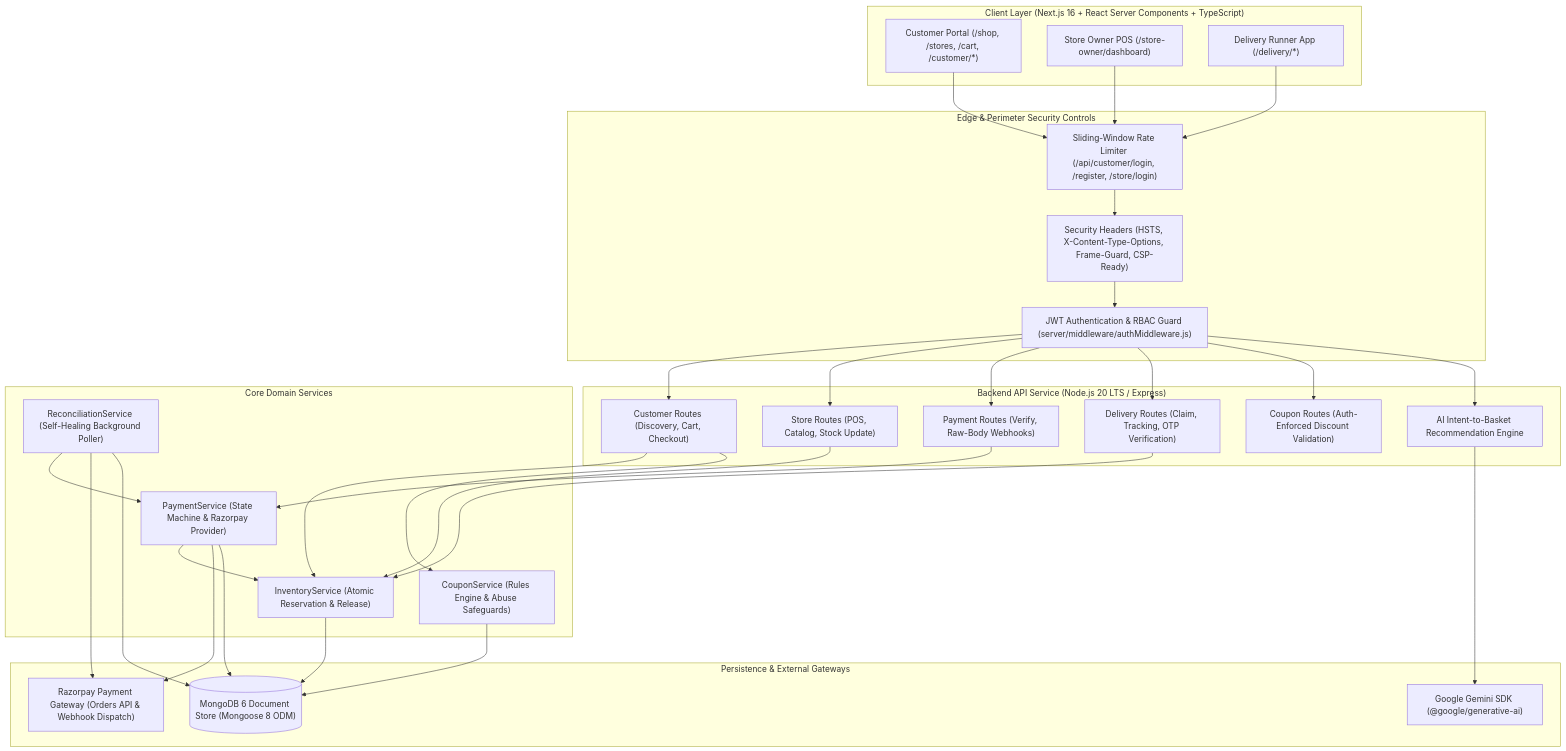
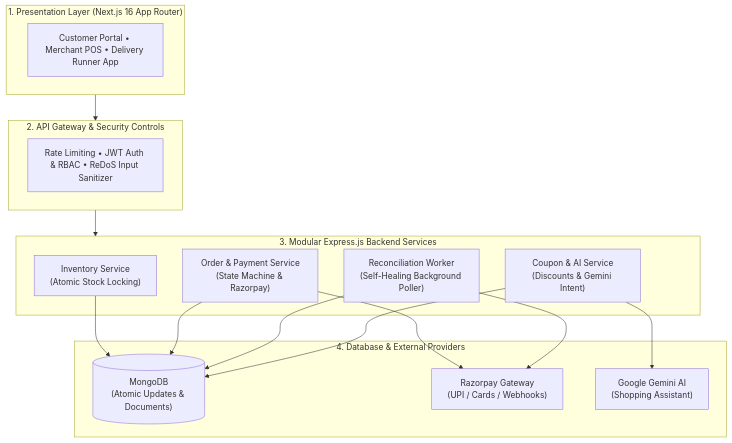
One commit to Jyatin/KiranaWala changed the first of 4 diagrams in README.md. Above: the diagram before and after it, drawn with Mermaid. The commit also changed other lines of this file, not shown here.

Commit message:
docs: streamline README with simplified diagrams and clear technical explanations

````diff
--- a/README.md
+++ b/README.md
@@ -100,65 +95,33 @@
 ```mermaid
 graph TD
-    subgraph Client ["Client Layer (Next.js 16 + React Server Components + TypeScript)"]
-        CustomerApp["Customer Portal (/shop, /stores, /cart, /customer/*)"]
-        MerchantApp["Store Owner POS (/store-owner/dashboard)"]
-        DeliveryApp["Delivery Runner App (/delivery/*)"]
+    subgraph Client ["1. Presentation Layer (Next.js 16 App Router)"]
+        UI["Customer Portal • Merchant POS • Delivery Runner App"]
     end
 
-    subgraph Edge ["Edge & Perimeter Security Controls"]
-        RateLimiter["Sliding-Window Rate Limiter (/api/customer/login, /register, /store/login)"]
-        SecurityHeaders["Security Headers (HSTS, X-Content-Type-Options, Frame-Guard, CSP-Ready)"]
-        JWTAuth["JWT Authentication & RBAC Guard (server/middleware/authMiddleware.js)"]
+    subgraph Gateway ["2. API Gateway & Security Controls"]
+        Sec["Rate Limiting • JWT Auth & RBAC • ReDoS Input Sanitizer"]
     end
 
-    subgraph Backend ["Backend API Service (Node.js 20 LTS / Express)"]
-        CustomerRoutes["Customer Routes (Discovery, Cart, Checkout)"]
-        StoreRoutes["Store Routes (POS, Catalog, Stock Update)"]
-        PaymentRoutes["Payment Routes (Verify, Raw-Body Webhooks)"]
-        DeliveryRoutes["Delivery Routes (Claim, Tracking, OTP Verification)"]
-        CouponRoutes["Coupon Routes (Auth-Enforced Discount Validation)"]
-        AIRoutes["AI Intent-to-Basket Recommendation Engine"]
+    subgraph Services ["3. Modular Express.js Backend Services"]
+        Inventory["Inventory Service<br/>(Atomic Stock Locking)"]
+        OrderPay["Order & Payment Service<br/>(State Machine & Razorpay)"]
+        Recon["Reconciliation Worker<br/>(Self-Healing Background Poller)"]
+        Coupon["Coupon & AI Service<br/>(Discounts & Gemini Intent)"]
     end
 
-    subgraph Services ["Core Domain Services"]
-        InventorySvc["InventoryService (Atomic Reservation & Release)"]
-        PaymentSvc["PaymentService (State Machine & Razorpay Provider)"]
-        ReconSvc["ReconciliationService (Self-Healing Background Poller)"]
-        CouponSvc["CouponService (Rules Engine & Abuse Safeguards)"]
+    subgraph External ["4. Database & External Providers"]
+        MongoDB[("MongoDB<br/>(Atomic Updates & Documents)")]
+        Razorpay["Razorpay Gateway<br/>(UPI / Cards / Webhooks)"]
+        Gemini["Google Gemini AI<br/>(Shopping Assistant)"]
     end
 
-    subgraph Persistence ["Persistence & External Gateways"]
-        MongoDB[("MongoDB 6 Document Store (Mongoose 8 ODM)")]
-        RazorpayGateway["Razorpay Payment Gateway (Orders API & Webhook Dispatch)"]
-        GeminiAPI["Google Gemini SDK (@google/generative-ai)"]
-    end
-
-    CustomerApp --> RateLimiter
-    MerchantApp --> RateLimiter
-    DeliveryApp --> RateLimiter
-
-    RateLimiter --> SecurityHeaders --> JWTAuth
-    JWTAuth --> CustomerRoutes
-    JWTAuth --> StoreRoutes
-    JWTAuth --> PaymentRoutes
-    JWTAuth --> DeliveryRoutes
-    JWTAuth --> CouponRoutes
-    JWTAuth --> AIRoutes
-
-    CustomerRoutes --> InventorySvc
-    CustomerRoutes --> CouponSvc
-    StoreRoutes --> InventorySvc
-    PaymentRoutes --> PaymentSvc
-    DeliveryRoutes --> InventorySvc
-    AIRoutes --> GeminiAPI
-
-    PaymentSvc --> InventorySvc
-    ReconSvc --> PaymentSvc
-    ReconSvc --> RazorpayGateway
-    PaymentSvc --> RazorpayGateway
-
-    InventorySvc --> MongoDB
-    PaymentSvc --> MongoDB
-    CouponSvc --> MongoDB
-    ReconSvc --> MongoDB
+    Client --> Gateway
+    Gateway --> Services
+    Inventory --> MongoDB
+    OrderPay --> MongoDB
+    OrderPay --> Razorpay
+    Recon --> Razorpay
+    Recon --> MongoDB
+    Coupon --> MongoDB
+    Coupon --> Gemini
 ```
````
